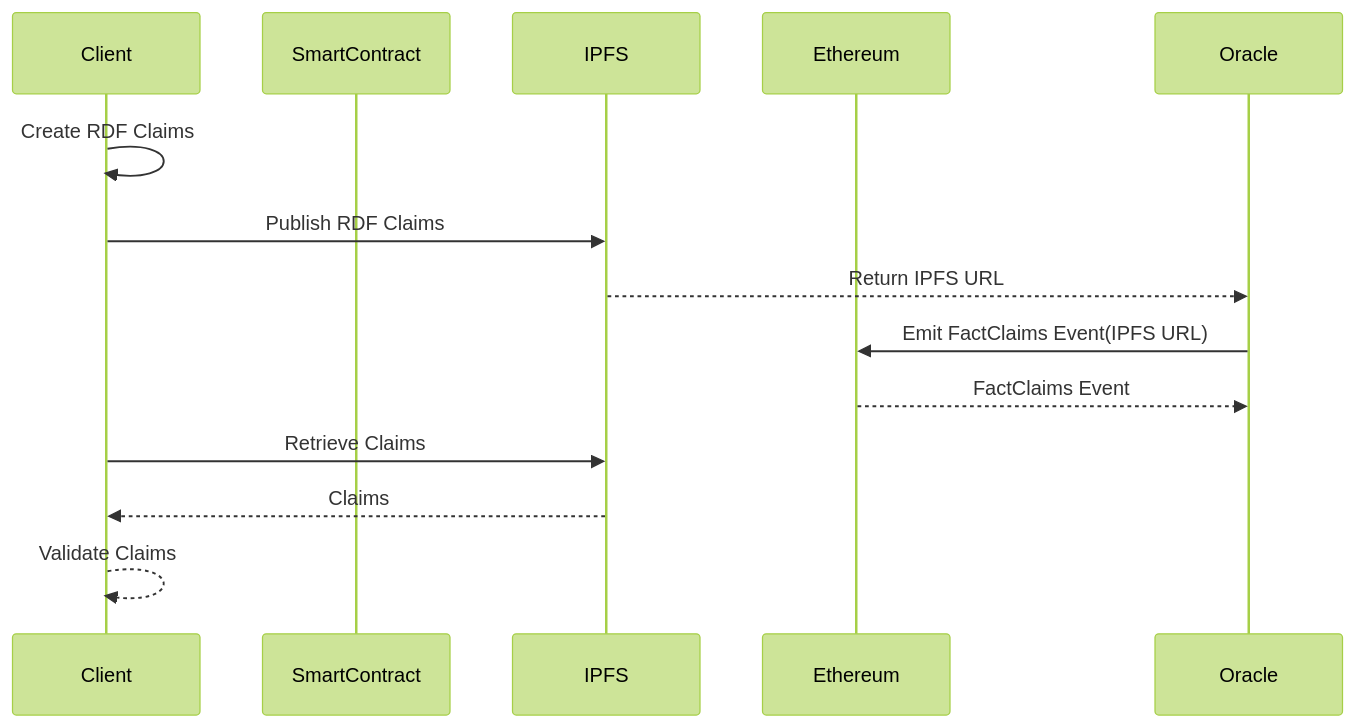
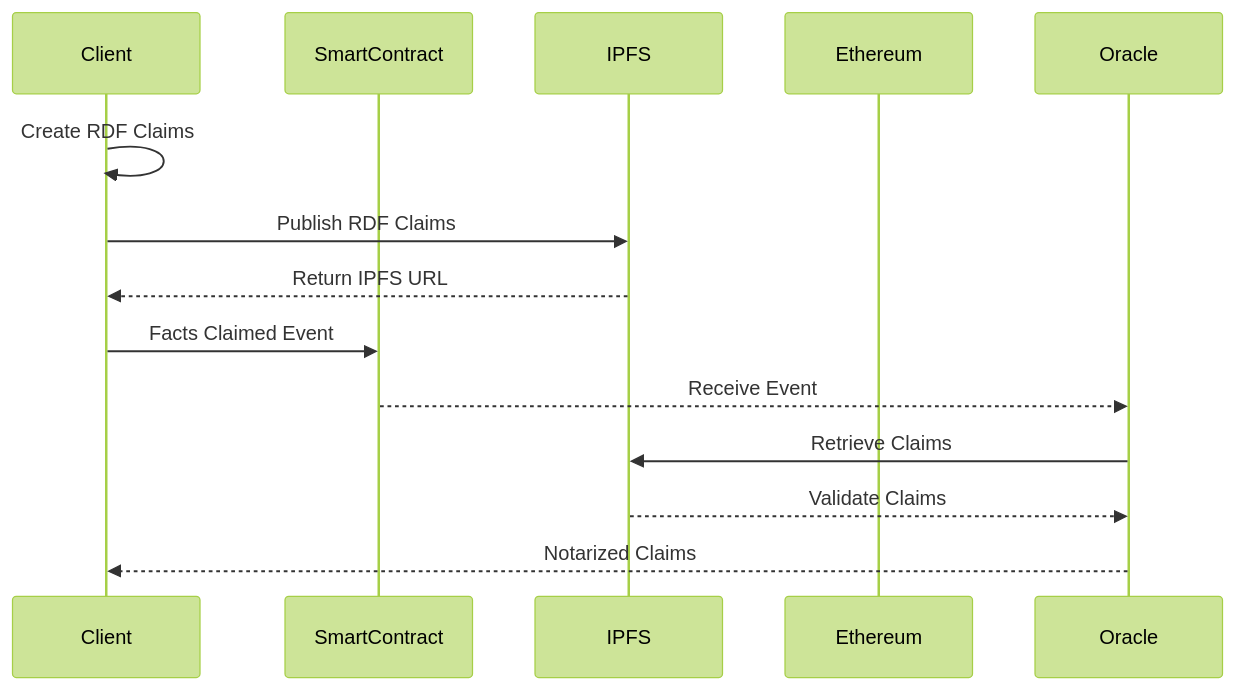
One commit to fact-claims/fact.claims changed the third of 3 diagrams in www/content/rfc/draft.md. Above: the diagram before and after it, drawn with Mermaid (forest theme).

````diff
--- a/www/content/rfc/draft.md
+++ b/www/content/rfc/draft.md
@@ -122,17 +122,17 @@
 ```mermaid
 sequenceDiagram
     participant Client
     participant SmartContract
     participant IPFS
     participant Ethereum
     participant Oracle
 
     Client->>Client: Create RDF Claims
     Client->>IPFS: Publish RDF Claims
-    IPFS-->>Oracle: Return IPFS URL
-    Oracle->>Ethereum: Emit FactClaims Event(IPFS URL)
-    Ethereum-->>Oracle: FactClaims Event
-    Client->>IPFS: Retrieve Claims
-    IPFS-->>Client: Claims
-    Client-->>Client: Validate Claims
+    IPFS-->>Client: Return IPFS URL
+    Client->>SmartContract: Facts Claimed Event
+    SmartContract-->>Oracle: Receive Event
+    Oracle->>IPFS: Retrieve Claims
+    IPFS-->>Oracle: Validate Claims
+    Oracle-->>Client: Notarized Claims
 ```
````
